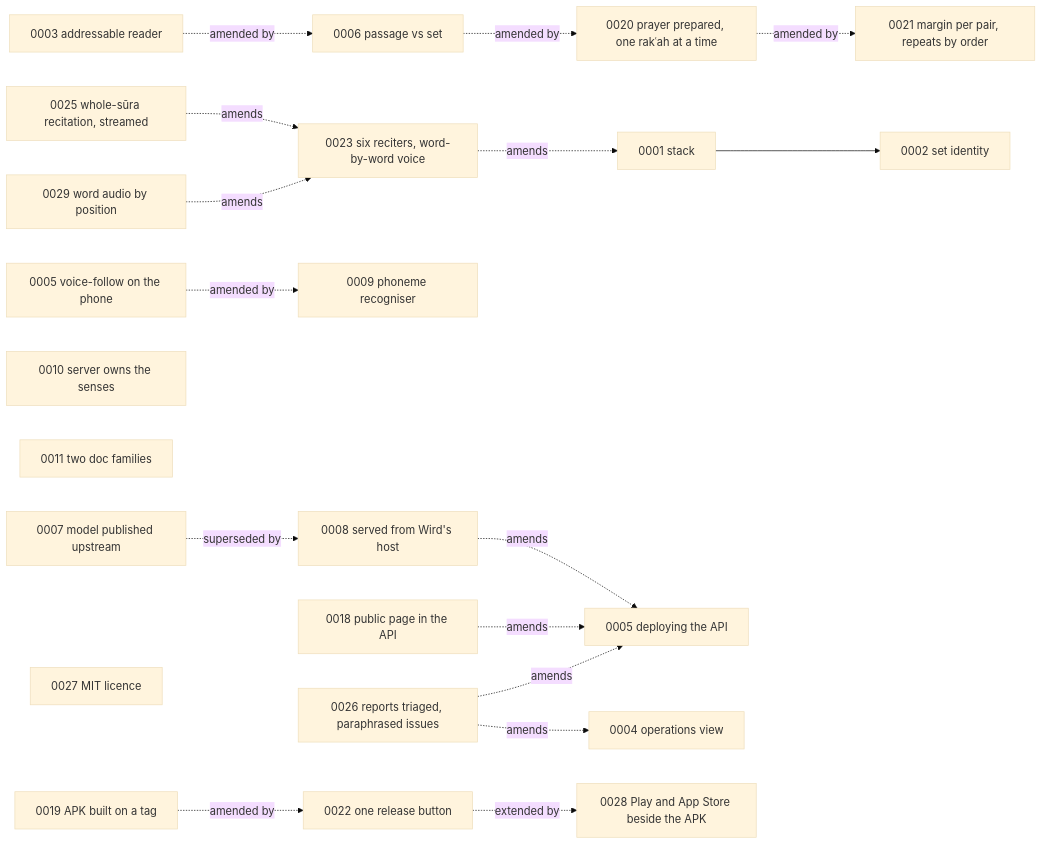
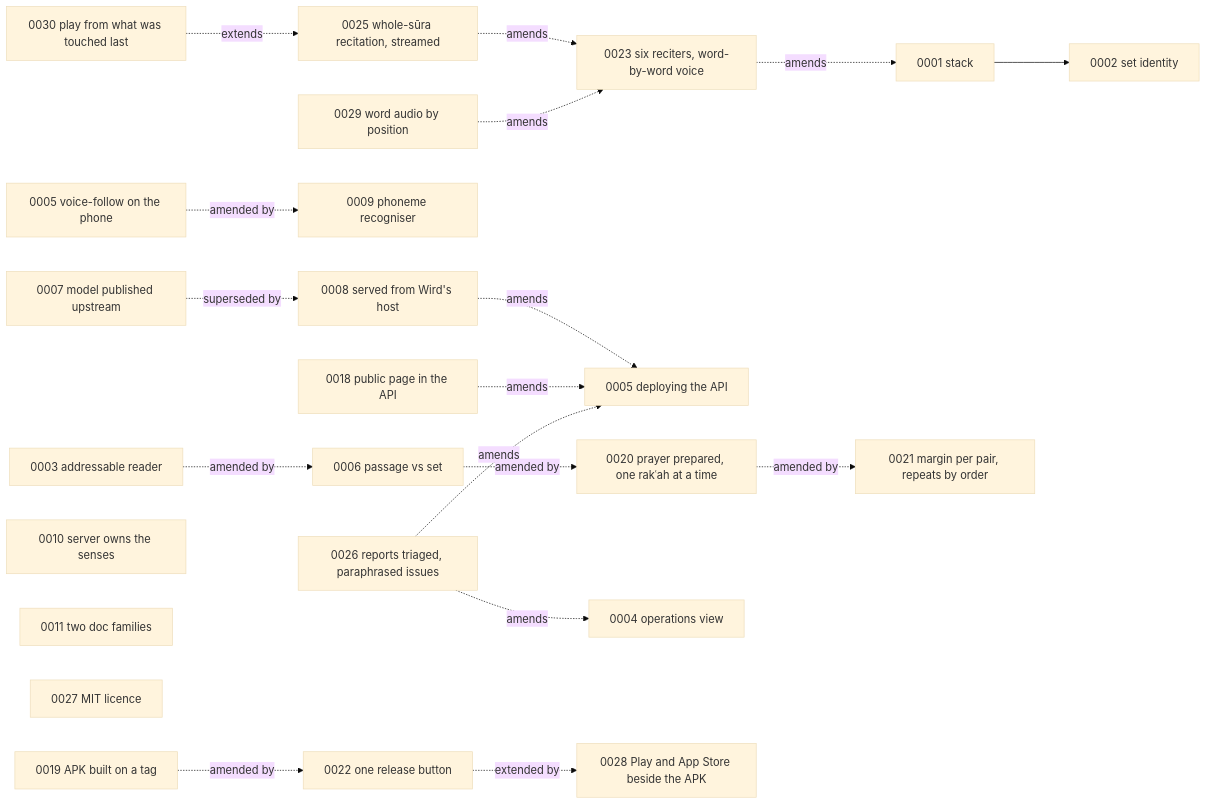
One commit to MohammadBnei/wird changed the diagram in docs/adr/README.md. Above: the diagram before and after it, drawn with Mermaid (base theme). The commit also changed other lines of this file and 23 other files, not shown here.

````diff
--- a/docs/adr/README.md
+++ b/docs/adr/README.md
@@ -7,21 +7,22 @@
 ```mermaid
 flowchart LR
   A1[0001 stack] --> A2[0002 set identity]
   A3[0003 addressable reader] -. amended by .-> A6[0006 passage vs set]
   A6 -. amended by .-> A20[0020 prayer prepared, one rakʿah at a time]
   A20 -. amended by .-> A21[0021 margin per pair, repeats by order]
   A19[0019 APK built on a tag] -. amended by .-> A22[0022 one release button]
   A5v[0005 voice-follow on the phone] -. amended by .-> A9[0009 phoneme recogniser]
   A7[0007 model published upstream] -. superseded by .-> A8[0008 served from Wird's host]
   A8 -. amends .-> A5d[0005 deploying the API]
   A10[0010 server owns the senses]
   A11[0011 two doc families]
   A18[0018 public page in the API] -. amends .-> A5d
   A23[0023 six reciters, word-by-word voice] -. amends .-> A1
   A25[0025 whole-sūra recitation, streamed] -. amends .-> A23
   A26[0026 reports triaged, paraphrased issues] -. amends .-> A4[0004 operations view]
   A26 -. amends .-> A5d
   A27[0027 MIT licence]
   A29[0029 word audio by position] -. amends .-> A23
+  A30[0030 play from what was touched last] -. extends .-> A25
   A22 -. extended by .-> A28[0028 Play and App Store beside the APK]
 ```
````
